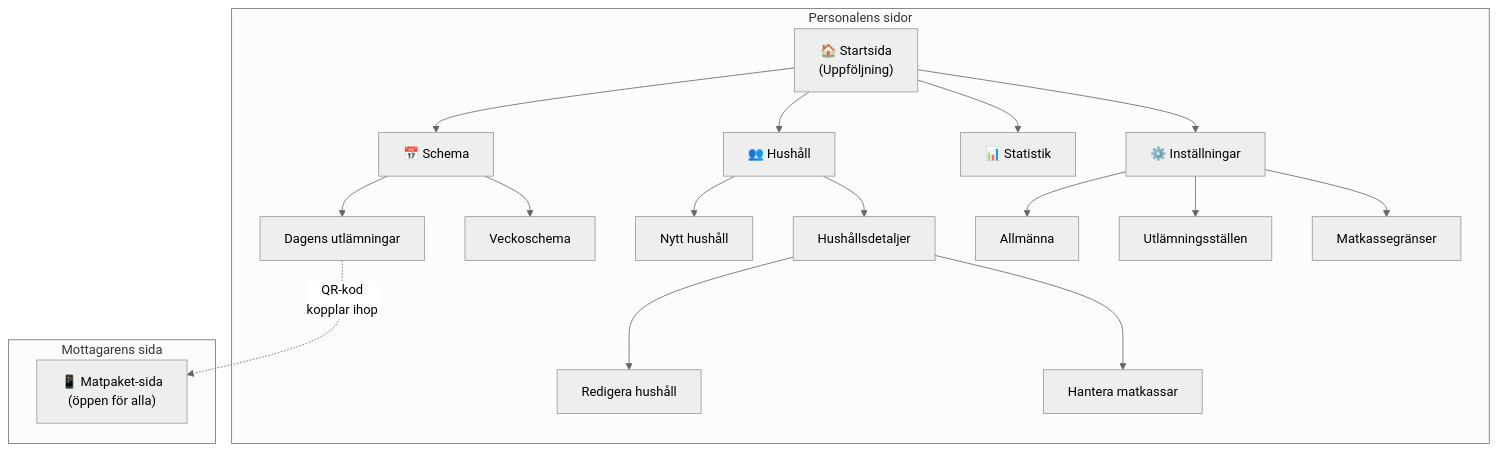
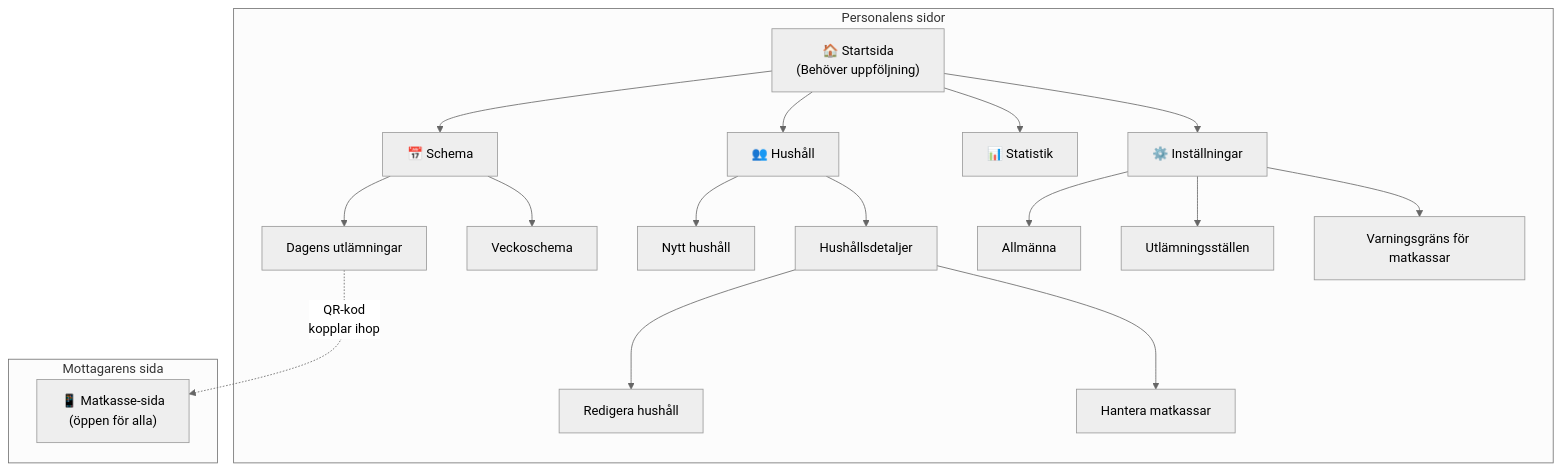
The first of 5 diagrams in docs/anvandarguide-sv.md (Vasteras-Stadsmission/matkassen), drawn with Mermaid (neutral theme) before and after one commit. The commit also changed other lines of this file and 6 other files, not shown here.

````diff
--- a/docs/anvandarguide-sv.md
+++ b/docs/anvandarguide-sv.md
@@ -11,34 +11,34 @@
 ```mermaid
 flowchart TB
     subgraph Personalens sidor
-        Start["🏠 Startsida<br/>(Uppföljning)"]
+        Start["🏠 Startsida<br/>(Behöver uppföljning)"]
 
         Schema["📅 Schema"]
         Hushall["👥 Hushåll"]
         Statistik["📊 Statistik"]
         Installningar["⚙️ Inställningar"]
 
         Start --> Schema
         Start --> Hushall
         Start --> Statistik
         Start --> Installningar
 
         Schema --> DagensUtlamningar["Dagens utlämningar"]
         Schema --> Veckoschema["Veckoschema"]
 
         Hushall --> NyttHushall["Nytt hushåll"]
         Hushall --> HushallDetalj["Hushållsdetaljer"]
         HushallDetalj --> RedigeraHushall["Redigera hushåll"]
         HushallDetalj --> HanteraMatkassar["Hantera matkassar"]
 
         Installningar --> AllmannaInst["Allmänna"]
         Installningar --> Platser["Utlämningsställen"]
-        Installningar --> Matkassegranser["Matkassegränser"]
+        Installningar --> Matkassegranser["Varningsgräns för matkassar"]
     end
 
     subgraph Mottagarens sida
-        Mottagare["📱 Matpaket-sida<br/>(öppen för alla)"]
+        Mottagare["📱 Matkasse-sida<br/>(öppen för alla)"]
     end
 
     DagensUtlamningar -.->|"QR-kod<br/>kopplar ihop"| Mottagare
 ```
````
